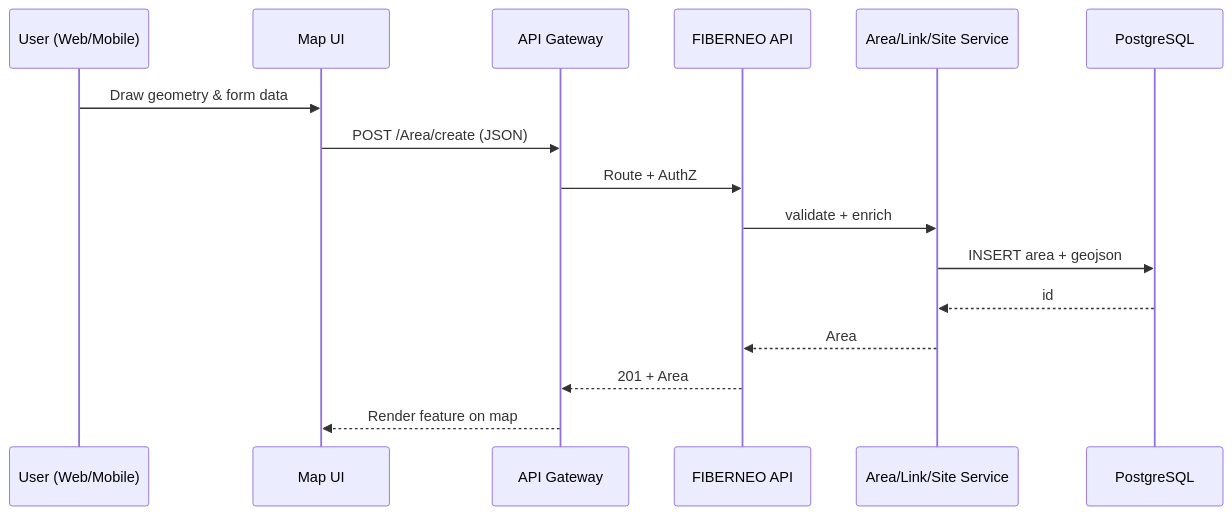
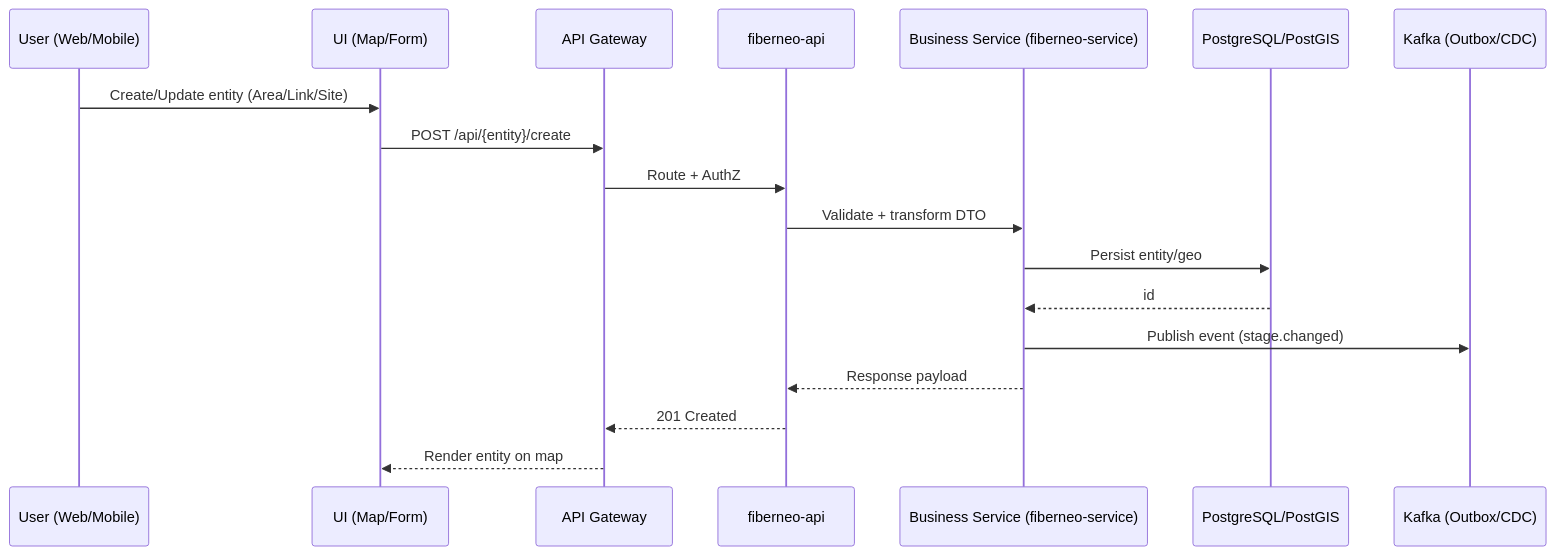
The third of 13 diagrams in Fiberneo-Document/LLD/LLD.md (BhavikVisionGit/Fiberneo-Documents), drawn with Mermaid before and after one commit. The commit also changed other lines of this file, not shown here.

````diff
--- a/Fiberneo-Document/LLD/LLD.md
+++ b/Fiberneo-Document/LLD/LLD.md
@@ -113,19 +184,21 @@
 ```mermaid
 sequenceDiagram
   participant U as User (Web/Mobile)
-  participant UI as Map UI
+  participant UI as UI (Map/Form)
   participant GW as API Gateway
-  participant FN as FIBERNEO API
-  participant SVC as Area/Link/Site Service
-  participant DB as PostgreSQL
+  participant API as fiberneo-api
+  participant SVC as Business Service (fiberneo-service)
+  participant DB as PostgreSQL/PostGIS
+  participant MQ as Kafka (Outbox/CDC)
 
-  U->>UI: Draw geometry & form data
-  UI->>GW: POST /Area/create (JSON)
-  GW->>FN: Route + AuthZ
-  FN->>SVC: validate + enrich
-  SVC->>DB: INSERT area + geojson
+  U->>UI: Create/Update entity (Area/Link/Site)
+  UI->>GW: POST /api/{entity}/create
+  GW->>API: Route + AuthZ
+  API->>SVC: Validate + transform DTO
+  SVC->>DB: Persist entity/geo
   DB-->>SVC: id
-  SVC-->>FN: Area
-  FN-->>GW: 201 + Area
-  GW-->>UI: Render feature on map
+  SVC->>MQ: Publish event (stage.changed)
+  SVC-->>API: Response payload
+  API-->>GW: 201 Created
+  GW-->>UI: Render entity on map
 ```
````
